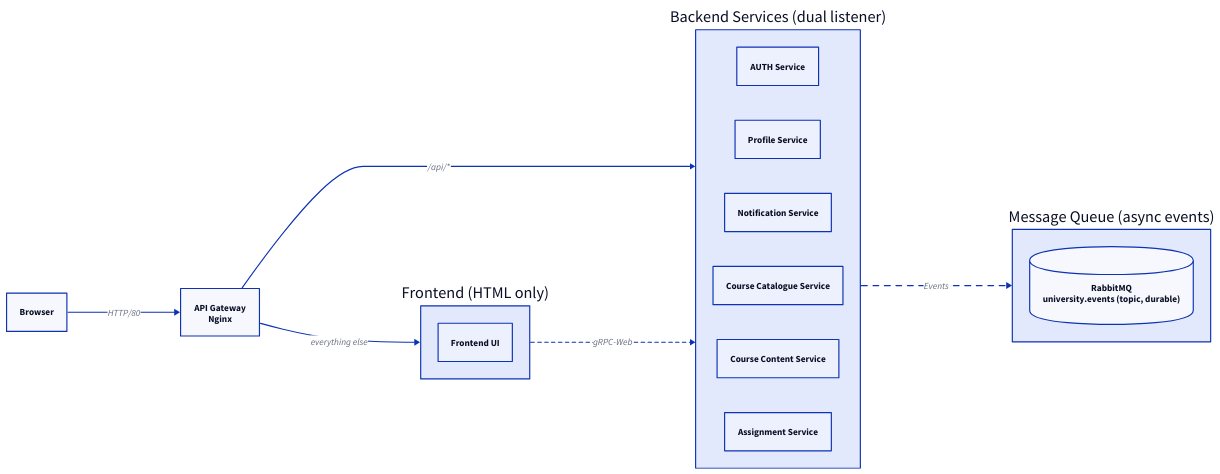
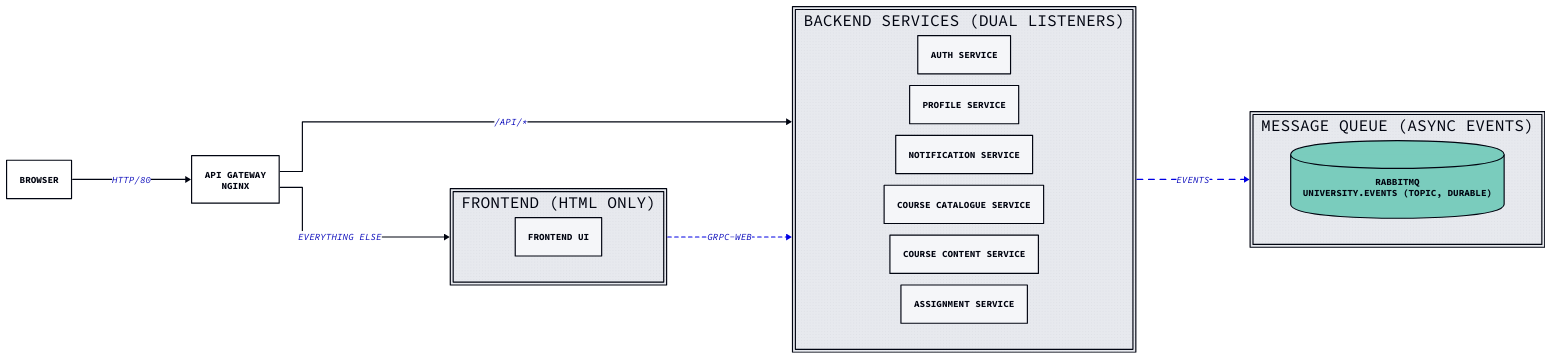
One commit to bundgaard1/Osbourne.AI changed the diagram in docs/diagrams/arch-diagram.d2. Above: the diagram before and after it, drawn with D2. The commit also changed 9 other files, not shown here.

```diff
--- a/docs/diagrams/arch-diagram.d2
+++ b/docs/diagrams/arch-diagram.d2
@@ -1,40 +1,46 @@
+vars: {
+  d2-config: {
+    theme-id: 300
+    layout-engine: elk
+    pad: 0
+  }
+}
+
 direction: right
-
-horizontal-gap: 2
 
 U: Browser
 B: "API Gateway\nNginx"
 
 U -> B: HTTP/80
 
 FE: Frontend (HTML only) {
   F: Frontend UI
 }
 
-BE: Backend Services (dual listener) {
+BE: Backend Services (dual listeners) {
   H: AUTH Service
   C: Profile Service
   G: Notification Service
   D: Course Catalogue Service
   E: Course Content Service
   J: Assignment Service
 }
 
 MQ: Message Queue (async events) {
   Q: "RabbitMQ\nuniversity.events (topic, durable)" {
     shape: cylinder
   }
 }
 
 
 B -> BE: /api/*
 B -> FE: everything else
 
 FE -> BE: gRPC-Web {
   style.stroke-dash: 3
 }
 
 # Async events til MQ
 BE -> MQ: Events {
   style.stroke-dash: 5
 }
```
